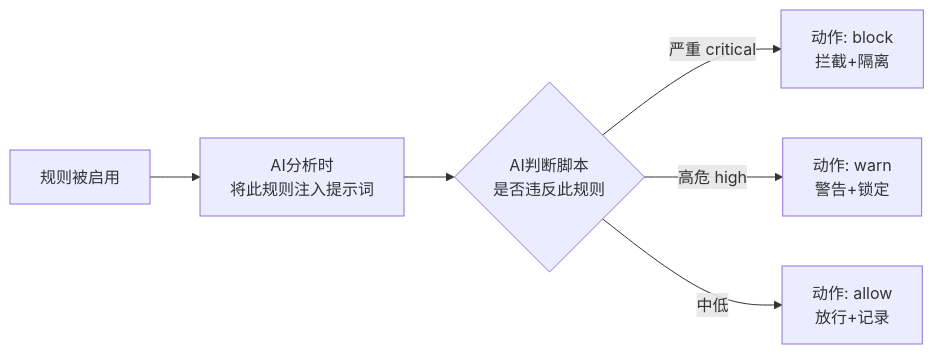
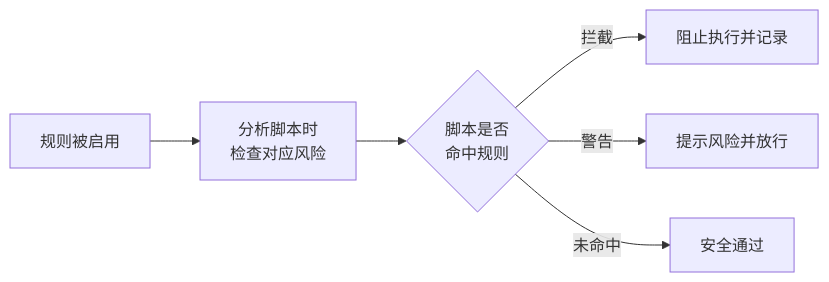
One commit to PolyUxAISecurity/AgentSec-UserDoc changed the diagram in CN/07-security-policy.md. Above: the diagram before and after it, drawn with Mermaid. The commit also changed other lines of this file and 175 other files, not shown here.

````diff
--- a/CN/07-security-policy.md
+++ b/CN/07-security-policy.md
@@ -213,8 +158,8 @@
 ```mermaid
 graph LR
-    A[规则被启用] --> B[AI分析时<br/>将此规则注入提示词]
-    B --> C{AI判断脚本<br/>是否违反此规则}
-    C -->|严重 critical| D[动作: block<br/>拦截+隔离]
-    C -->|高危 high| E[动作: warn<br/>警告+锁定]
-    C -->|中低| F[动作: allow<br/>放行+记录]
+    A[规则被启用] --> B[分析脚本时<br/>检查对应风险]
+    B --> C{脚本是否<br/>命中规则}
+    C -->|拦截| D[阻止执行并记录]
+    C -->|警告| E[提示风险并放行]
+    C -->|未命中| F[安全通过]
 ```
````
